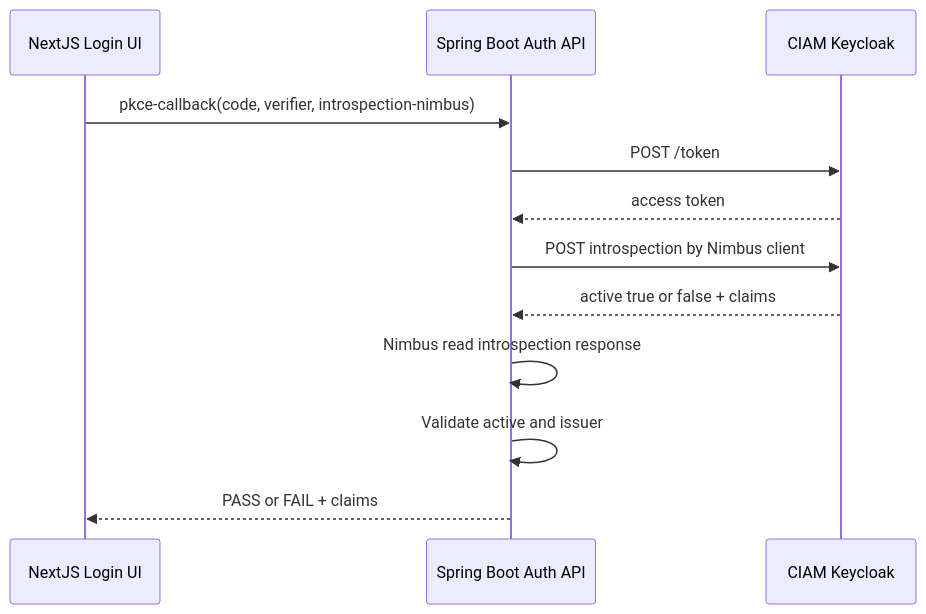
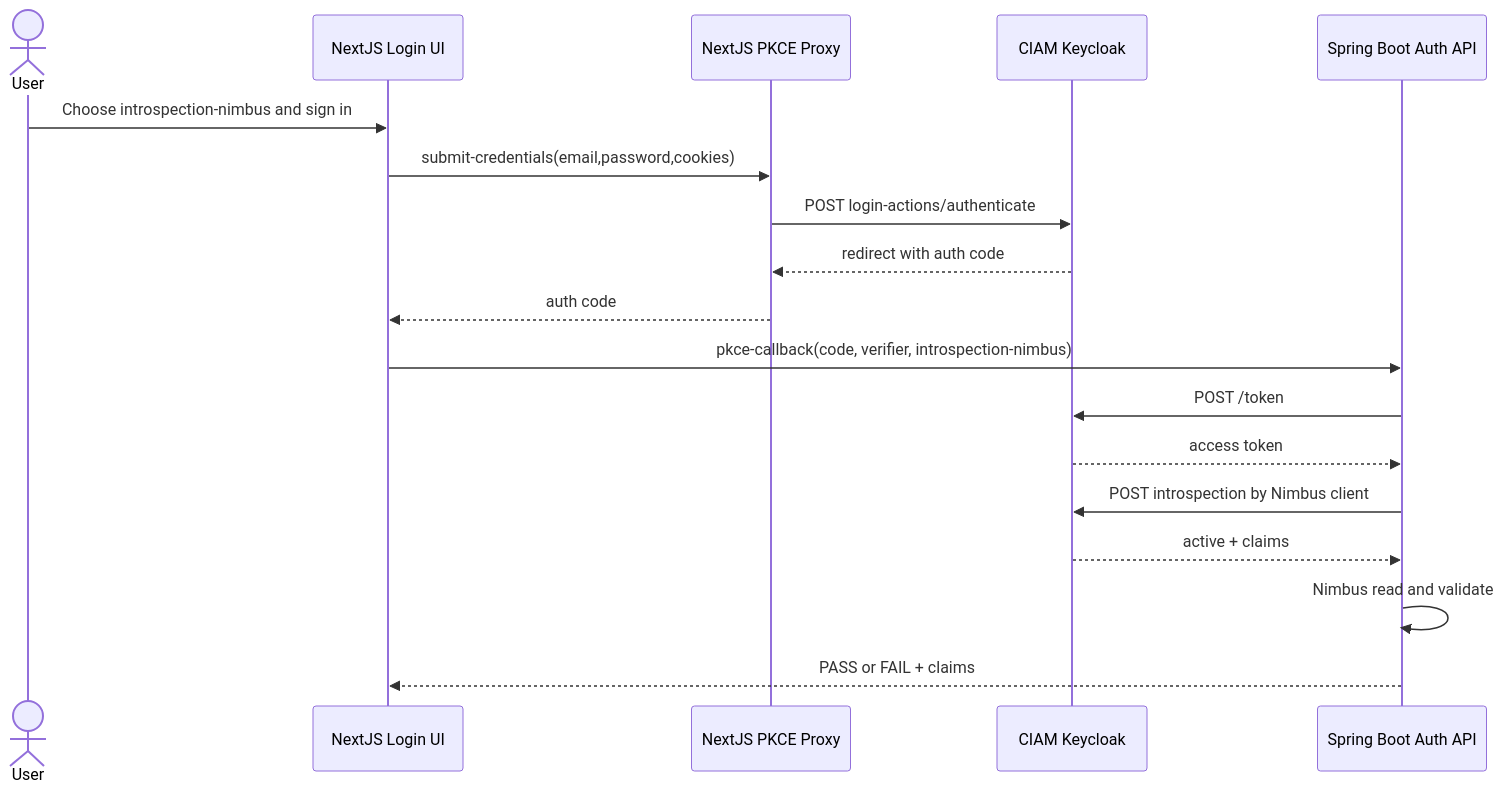
The fifth of 5 diagrams in auth-patterns.md (jackzhaojin/ciam-demo), drawn with Mermaid before and after one commit. The commit also changed other lines of this file, not shown here.

Commit message:
Fix PKCE strategy diagrams to include Next.js proxy password post

````diff
--- a/auth-patterns.md
+++ b/auth-patterns.md
@@ -89,15 +104,21 @@
 ```mermaid
 sequenceDiagram
+    actor User
     participant Browser as NextJS Login UI
+    participant NextAPI as NextJS PKCE Proxy
+    participant CIAM as CIAM Keycloak
     participant Java as Spring Boot Auth API
-    participant CIAM as CIAM Keycloak
 
+    User->>Browser: Choose introspection-nimbus and sign in
+    Browser->>NextAPI: submit-credentials(email,password,cookies)
+    NextAPI->>CIAM: POST login-actions/authenticate
+    CIAM-->>NextAPI: redirect with auth code
+    NextAPI-->>Browser: auth code
     Browser->>Java: pkce-callback(code, verifier, introspection-nimbus)
     Java->>CIAM: POST /token
     CIAM-->>Java: access token
     Java->>CIAM: POST introspection by Nimbus client
-    CIAM-->>Java: active true or false + claims
-    Java->>Java: Nimbus read introspection response
-    Java->>Java: Validate active and issuer
+    CIAM-->>Java: active + claims
+    Java->>Java: Nimbus read and validate
     Java-->>Browser: PASS or FAIL + claims
 ```
````
